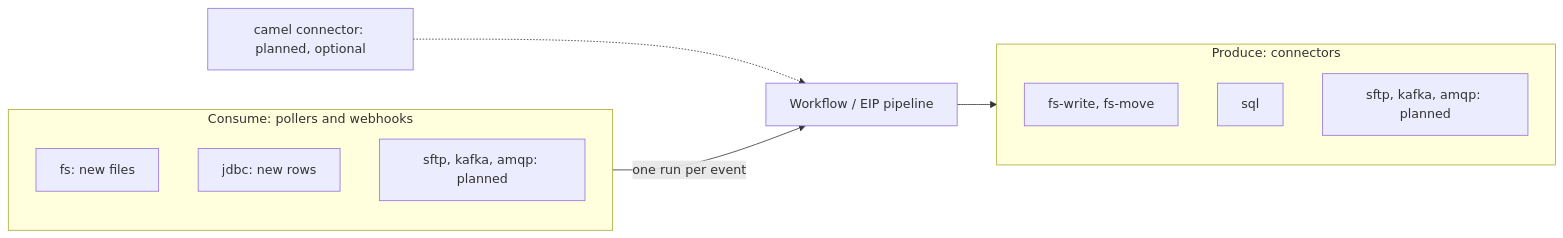
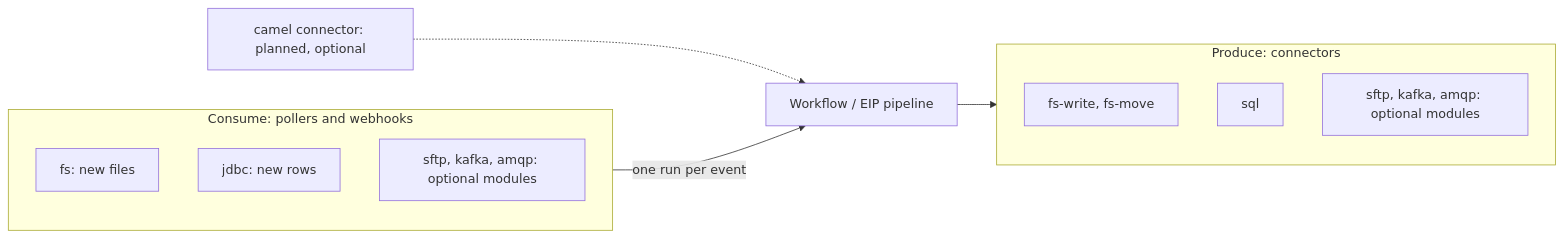
The diagram in docs/ENDPOINTS.md (andalus-ai/wayang), drawn with Mermaid before and after one commit. The commit also changed other lines of this file and 14 other files, not shown here.

First line of the commit message:
endpoints: amqp-publish connector (RabbitMQ, optional module) and ESB docs for SFTP/AMQP

````diff
--- a/docs/ENDPOINTS.md
+++ b/docs/ENDPOINTS.md
@@ -5,16 +5,16 @@
 ```mermaid
 flowchart LR
   subgraph in[Consume: pollers and webhooks]
     fsin[fs: new files]
     jdbcin[jdbc: new rows]
-    other[sftp, kafka, amqp: planned]
+    other[sftp, kafka, amqp: optional modules]
   end
   in -->|one run per event| wf[Workflow / EIP pipeline]
   wf --> out
   subgraph out[Produce: connectors]
     fsout[fs-write, fs-move]
     sqlout[sql]
-    otherout[sftp, kafka, amqp: planned]
+    otherout[sftp, kafka, amqp: optional modules]
   end
   camel[camel connector: planned, optional] -.-> wf
 ```
````
